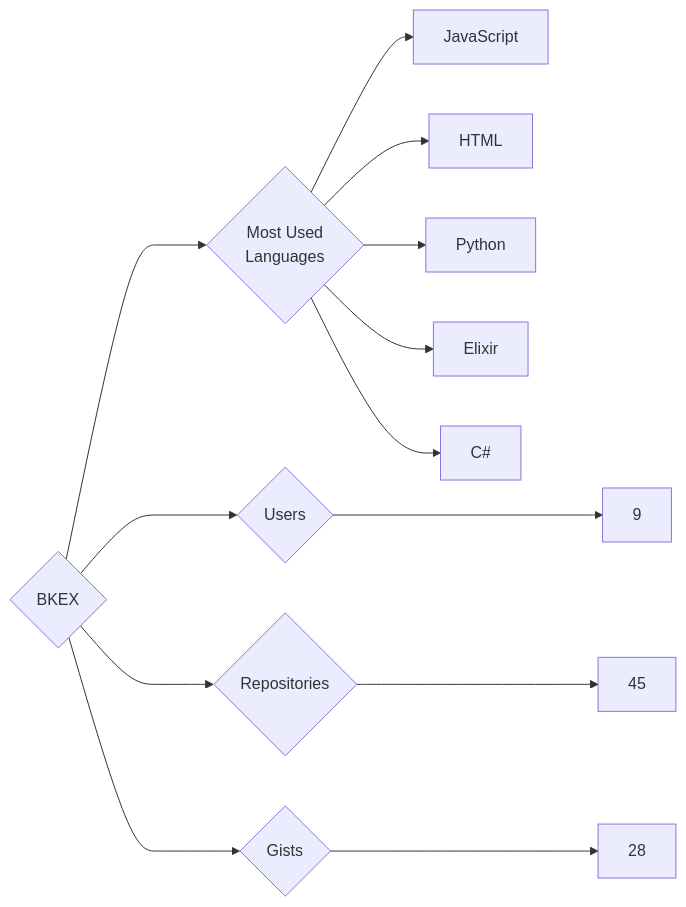
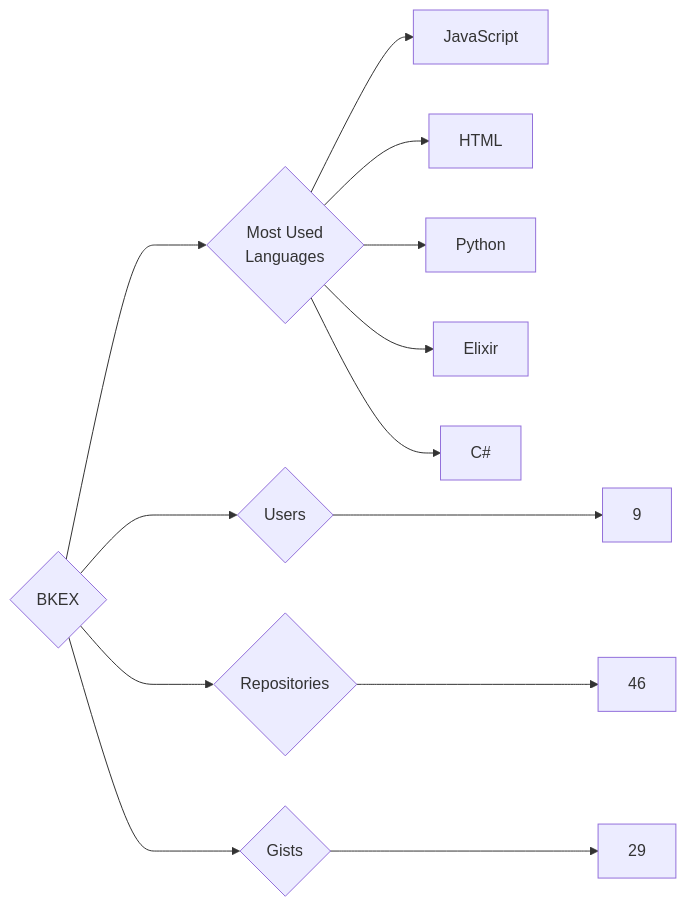
One commit to trickest/insiders changed the diagram in targets/BKEX/README.md. Above: the diagram before and after it, drawn with Mermaid. The commit also changed 1120 other files, not shown here.

````diff
--- a/targets/BKEX/README.md
+++ b/targets/BKEX/README.md
@@ -3,13 +3,13 @@
 ```mermaid
 graph LR
 COMPANY_NAME{BKEX}
 COMPANY_NAME ---> U{Users} ---> UN[9]
-COMPANY_NAME ---> R{Repositories} ---> RN[45]
-COMPANY_NAME ---> G{Gists} ---> GN[28]
+COMPANY_NAME ---> R{Repositories} ---> RN[46]
+COMPANY_NAME ---> G{Gists} ---> GN[29]
 COMPANY_NAME ---> ML{Most Used<br>Languages}
 ML --> JavaScript[JavaScript]
 ML --> HTML[HTML]
 ML --> Python[Python]
 ML --> Elixir[Elixir]
 ML --> C#[C#]
 ```
````
